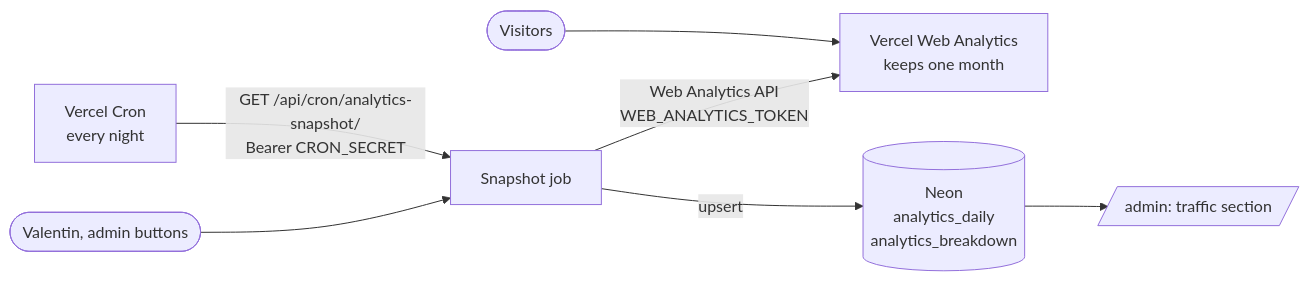
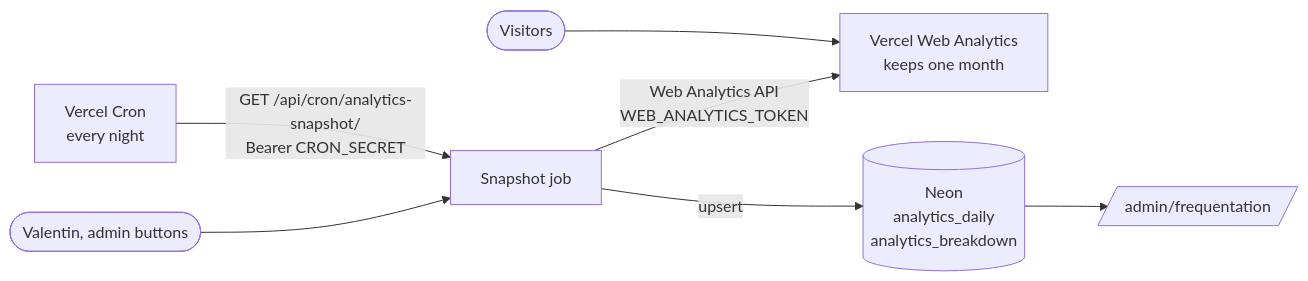
One commit to vahohenheim/personal-website changed the diagram in docs/features/analytics.md. Above: the diagram before and after it, drawn with Mermaid. The commit also changed other lines of this file and 26 other files, not shown here.

````diff
--- a/docs/features/analytics.md
+++ b/docs/features/analytics.md
@@ -29,9 +30,9 @@
 ```mermaid
 flowchart LR
     V([Visitors]) --> W[Vercel Web Analytics<br/>keeps one month]
     C[Vercel Cron<br/>every night] -->|GET /api/cron/analytics-snapshot/<br/>Bearer CRON_SECRET| S[Snapshot job]
     A([Valentin, admin buttons]) --> S
     S -->|Web Analytics API<br/>WEB_ANALYTICS_TOKEN| W
     S -->|upsert| N[(Neon<br/>analytics_daily<br/>analytics_breakdown)]
-    N --> D[/admin: traffic section/]
+    N --> D[/admin/frequentation/]
 ```
````
